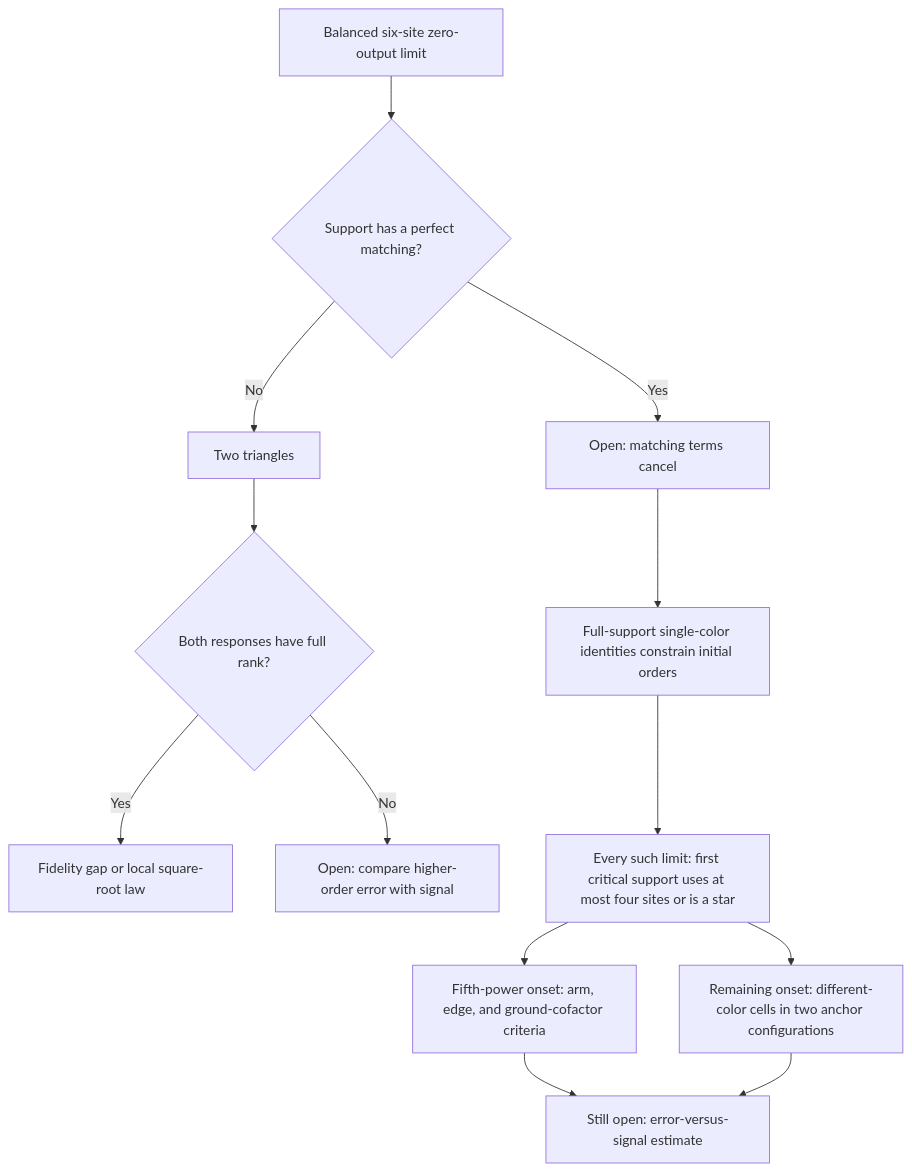
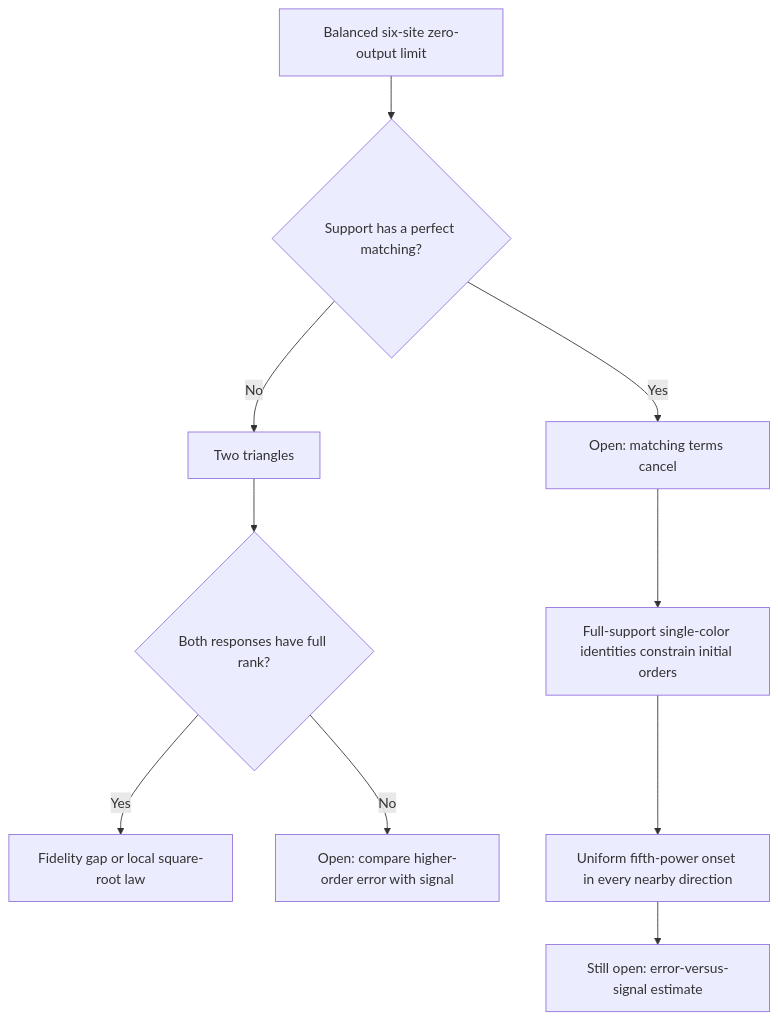
Before and after one commit to rrajasek95/krenn-conjecture: the diagram in research/ghz-rates/README.md, drawn with Mermaid. The commit also changed other lines of this file and 13 other files, not shown here.

Commit message:
Complete uniform GHZ onset at every full-support single-color zero

```diff
--- a/research/ghz-rates/README.md
+++ b/research/ghz-rates/README.md
@@ -56,15 +58,12 @@
 ~~~mermaid
 flowchart TD
     A["Balanced six-site zero-output limit"] --> B{"Support has a perfect matching?"}
     B -->|No| C["Two triangles"]
     C --> D{"Both responses have full rank?"}
     D -->|Yes| E["Fidelity gap or local square-root law"]
     D -->|No| F["Open: compare higher-order error with signal"]
     B -->|Yes| G["Open: matching terms cancel"]
     G --> H["Full-support single-color identities constrain initial orders"]
-    H --> I["Every such limit: first critical support uses at most four sites or is a star"]
-    I --> J["Fifth-power onset: arm, edge, and ground-cofactor criteria"]
-    I --> K["Remaining onset: different-color cells in two anchor configurations"]
+    H --> J["Uniform fifth-power onset in every nearby direction"]
     J --> L["Still open: error-versus-signal estimate"]
-    K --> L
 ~~~
```
